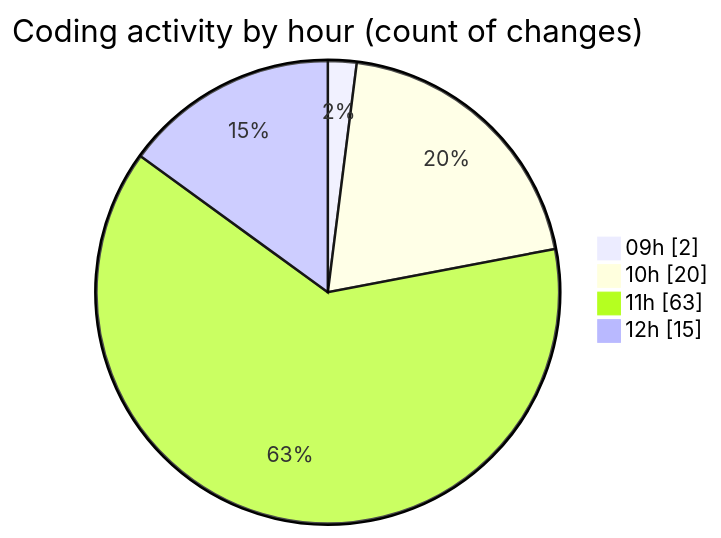
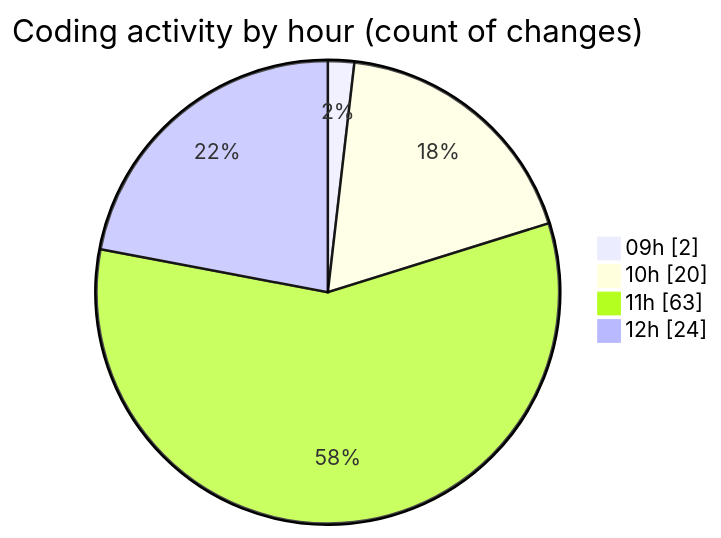
One commit to momahboobian/code-tracking changed the second of 2 diagrams in 2025-04-08/cda/README.md. Above: the diagram before and after it, drawn with Mermaid. The commit also changed other lines of this file and 1 other file, not shown here.

````diff
--- a/2025-04-08/cda/README.md
+++ b/2025-04-08/cda/README.md
@@ -31,8 +31,8 @@
 ```mermaid
 pie showData
 title Coding activity by hour (count of changes)
 "09h" : 2
 "10h" : 20
 "11h" : 63
-"12h" : 15
+"12h" : 24
 ```
````
